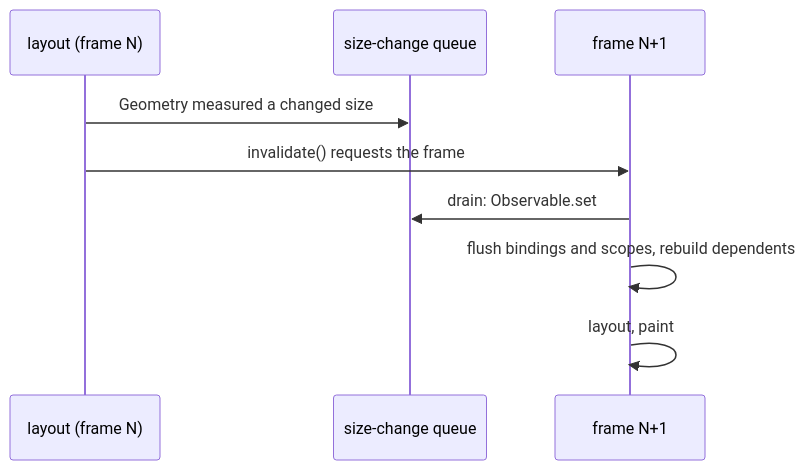
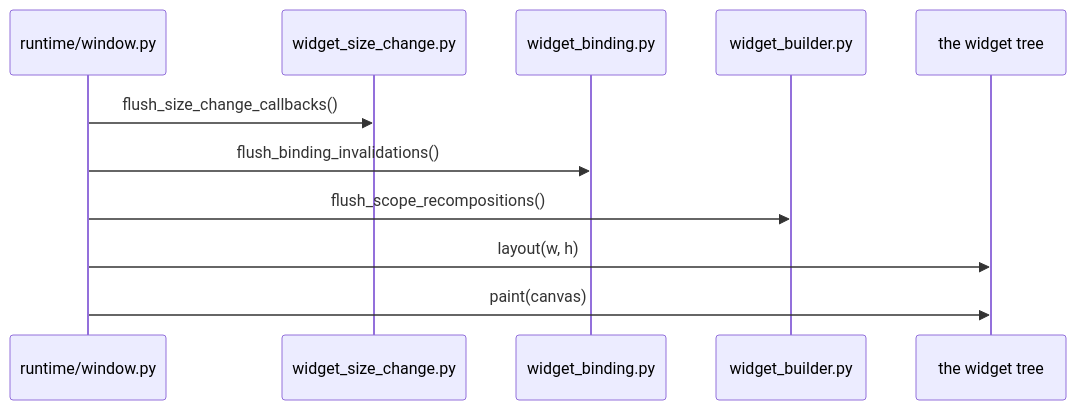
Before and after one commit to yuksblog/nuiitivet: the sixth of 7 diagrams in docs/design/GEOMETRY.md, drawn with Mermaid. The commit also changed other lines of this file and 35 other files, not shown here.

````diff
--- a/docs/design/GEOMETRY.md
+++ b/docs/design/GEOMETRY.md
@@ -47,11 +177,14 @@
 ```mermaid
 sequenceDiagram
-    participant L as layout (frame N)
-    participant Q as size-change queue
-    participant F as frame N+1
-    L->>Q: Geometry measured a changed size
-    L->>F: invalidate() requests the frame
-    F->>Q: drain: Observable.set
-    F->>F: flush bindings and scopes, rebuild dependents
-    F->>F: layout, paint
+    participant W as runtime/window.py
+    participant Q as widget_size_change.py
+    participant B as widget_binding.py
+    participant R as widget_builder.py
+    participant T as the widget tree
+
+    W->>Q: flush_size_change_callbacks()
+    W->>B: flush_binding_invalidations()
+    W->>R: flush_scope_recompositions()
+    W->>T: layout(w, h)
+    W->>T: paint(canvas)
 ```
````
